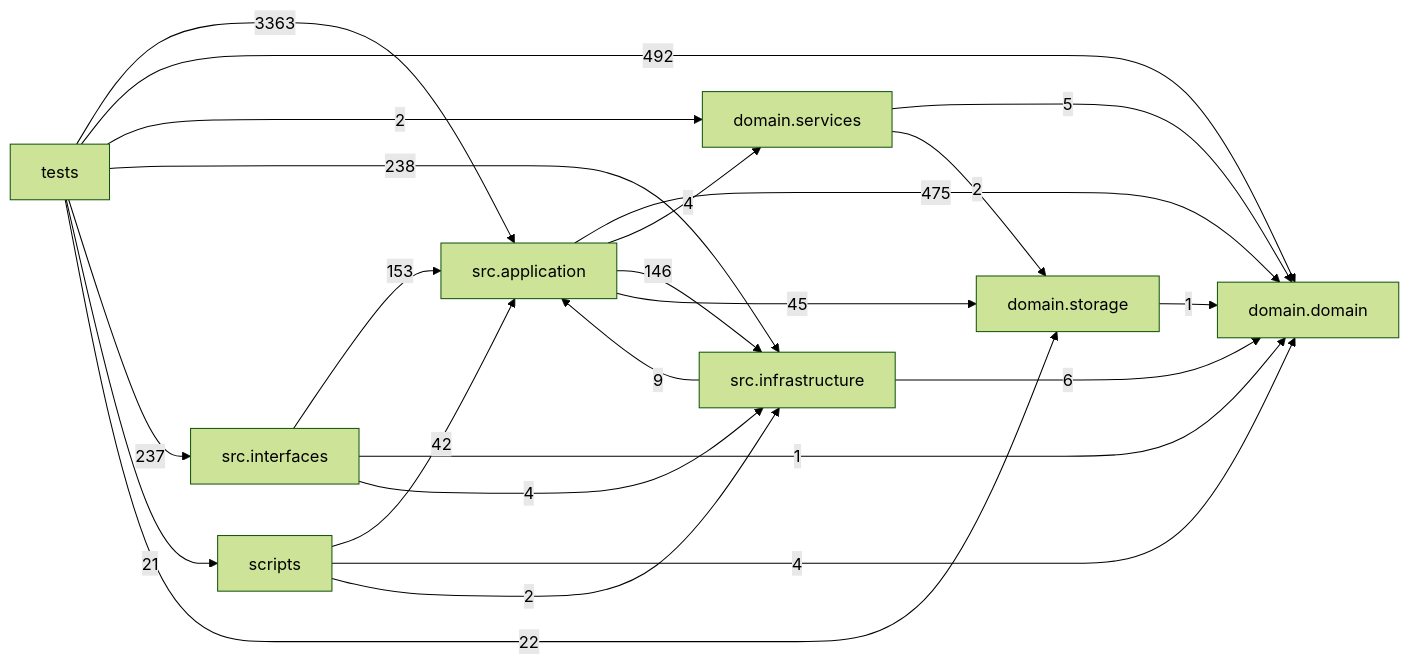
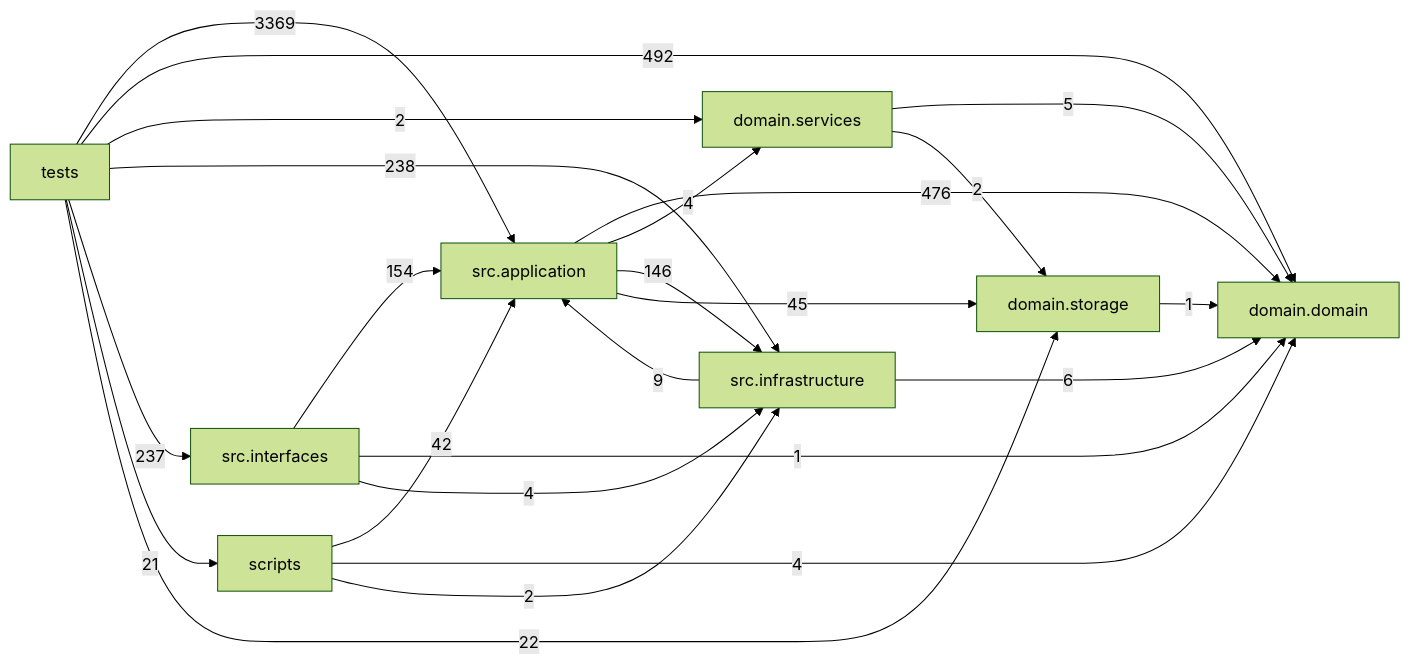
Before and after one commit to liuxie066/options-monitor: the diagram in docs/DEPENDENCY_GRAPH.md, drawn with Mermaid (forest theme). The commit also changed other lines of this file and 22 other files, not shown here.

````diff
--- a/docs/DEPENDENCY_GRAPH.md
+++ b/docs/DEPENDENCY_GRAPH.md
@@ -24,33 +24,33 @@
 ```mermaid
 flowchart LR
   tests["tests"]
   scripts["scripts"]
   interfaces["src.interfaces"]
   application["src.application"]
   infrastructure["src.infrastructure"]
   domain_services["domain.services"]
   domain["domain.domain"]
   storage["domain.storage"]
-  application -->|475| domain
+  application -->|476| domain
   application -->|4| domain_services
   application -->|146| infrastructure
   application -->|45| storage
   domain_services -->|5| domain
   domain_services -->|2| storage
   infrastructure -->|9| application
   infrastructure -->|6| domain
-  interfaces -->|153| application
+  interfaces -->|154| application
   interfaces -->|1| domain
   interfaces -->|4| infrastructure
   scripts -->|42| application
   scripts -->|4| domain
   scripts -->|2| infrastructure
   storage -->|1| domain
-  tests -->|3363| application
+  tests -->|3369| application
   tests -->|492| domain
   tests -->|2| domain_services
   tests -->|238| infrastructure
   tests -->|237| interfaces
   tests -->|21| scripts
   tests -->|22| storage
 ```
````
